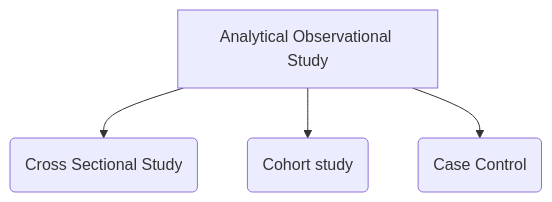
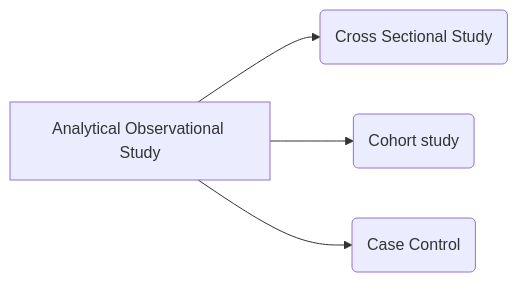
One commit to amchss/rmda_book changed the third of 3 diagrams in study_design.qmd. Above: the diagram before and after it, drawn with Mermaid. The commit also changed other lines of this file and 29 other files, not shown here.

````diff
--- a/study_design.qmd
+++ b/study_design.qmd
@@ -229,7 +229,7 @@
 ```{mermaid}
-flowchart TB
+flowchart LR
   A[Analytical Observational Study] --> B(Cross Sectional Study)
   A[Analytical Observational Study] --> C(Cohort study)
   A[Analytical Observational Study]--> D(Case Control)
  
 ```
````
